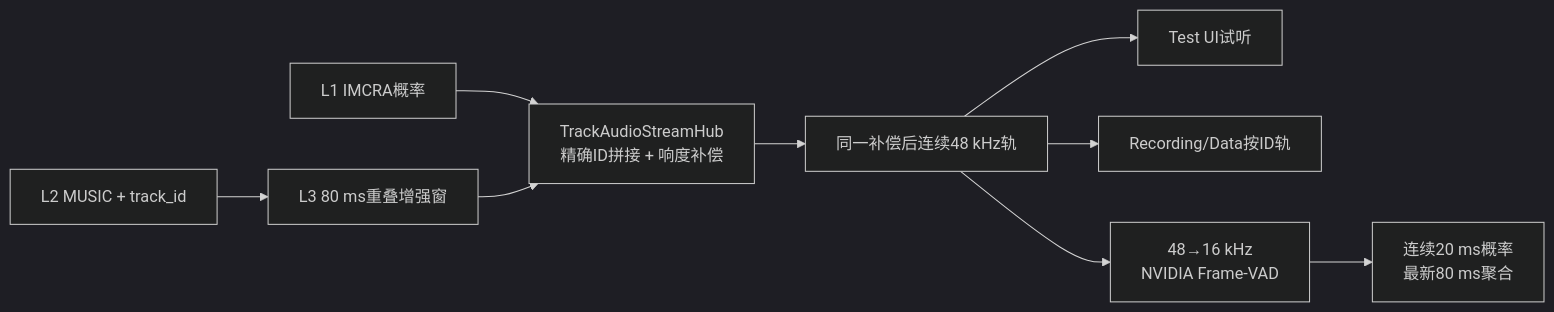
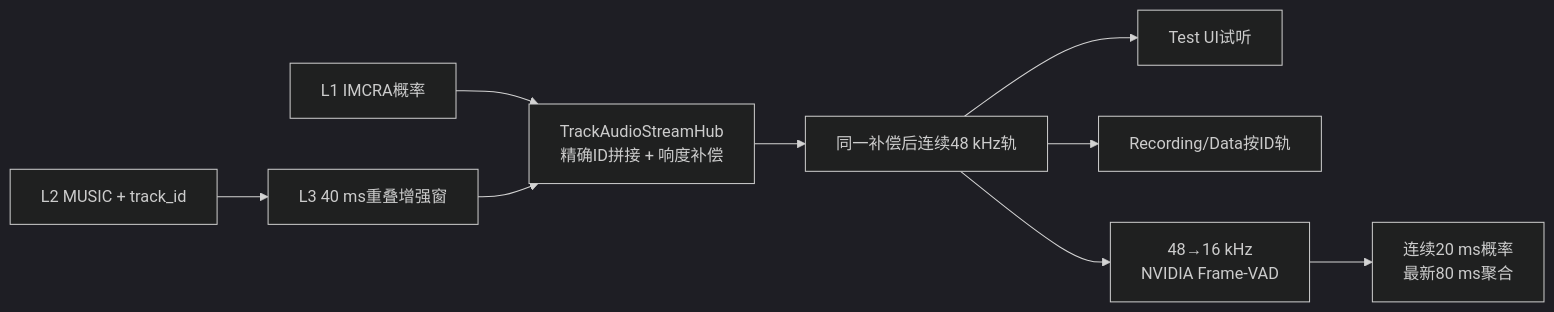
The diagram in ARCHITECTURE_V1.1_TARGET.md (Dwan-123456/micarray-6plus1-voice-direction), drawn with Mermaid (dark theme) before and after one commit. The commit also changed other lines of this file and 20 other files, not shown here.

````diff
--- a/ARCHITECTURE_V1.1_TARGET.md
+++ b/ARCHITECTURE_V1.1_TARGET.md
@@ -75,11 +75,11 @@
 ```mermaid
 flowchart LR
     L1["L1 IMCRA概率"] --> HUB["TrackAudioStreamHub<br/>精确ID拼接 + 响度补偿"]
-    L2["L2 MUSIC + track_id"] --> L3["L3 80 ms重叠增强窗"]
+    L2["L2 MUSIC + track_id"] --> L3["L3 40 ms重叠增强窗"]
     L3 --> HUB
     HUB --> TRACK["同一补偿后连续48 kHz轨"]
     TRACK --> UI["Test UI试听"]
     TRACK --> REC["Recording/Data按ID轨"]
     TRACK --> NV["48→16 kHz<br/>NVIDIA Frame-VAD"]
     NV --> L4["连续20 ms概率<br/>最新80 ms聚合"]
 ```
````
